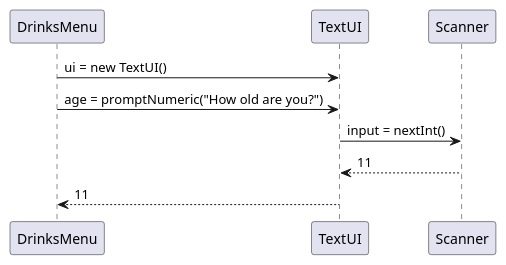
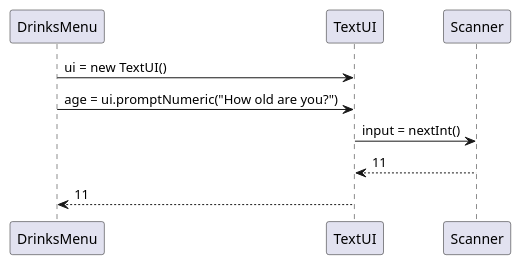
The diagram in doc/GetAge.puml (Eligoon/DrinksMenu), drawn with PlantUML before and after one commit. The commit also changed 2 other files, not shown here.

Commit message:
renaming, full sequence

```diff
--- a/doc/GetAge.puml
+++ b/doc/GetAge.puml
@@ -1,13 +1,13 @@
 @startuml
 'https://plantuml.com/sequence-diagram
 
 
 
 DrinksMenu -> TextUI: ui = new TextUI()
-DrinksMenu -> TextUI: age = promptNumeric("How old are you?")
+DrinksMenu -> TextUI: age = ui.promptNumeric("How old are you?")
 TextUI -> Scanner: input = nextInt()
 Scanner --> TextUI: 11
 TextUI --> DrinksMenu: 11
 
 
 @enduml
```
